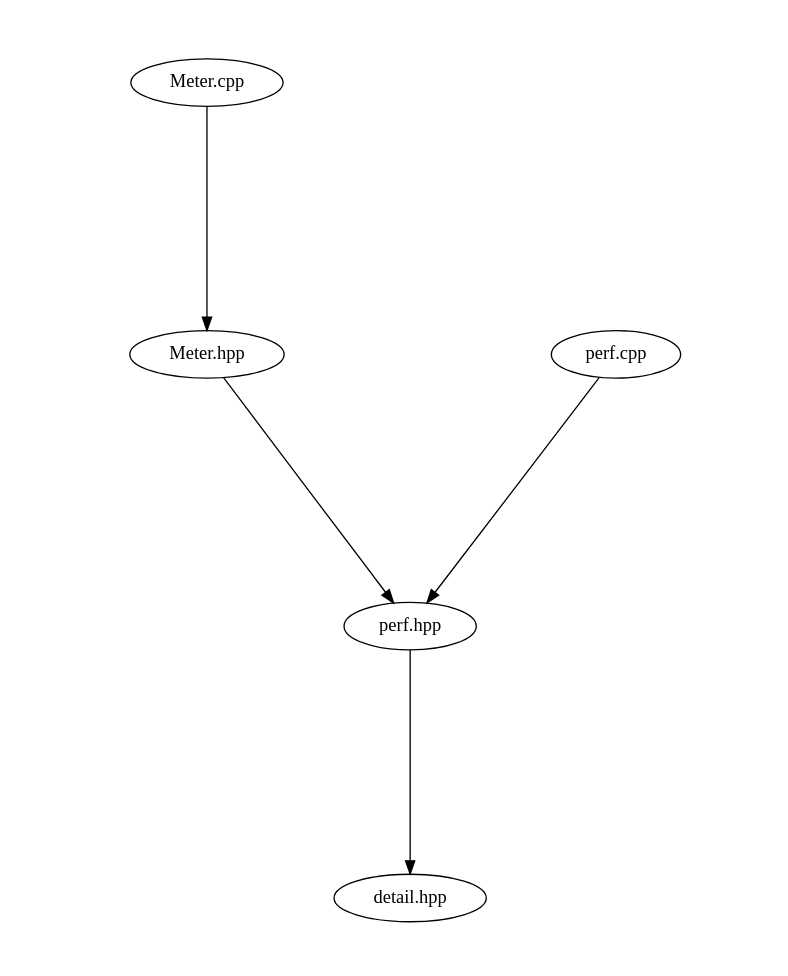
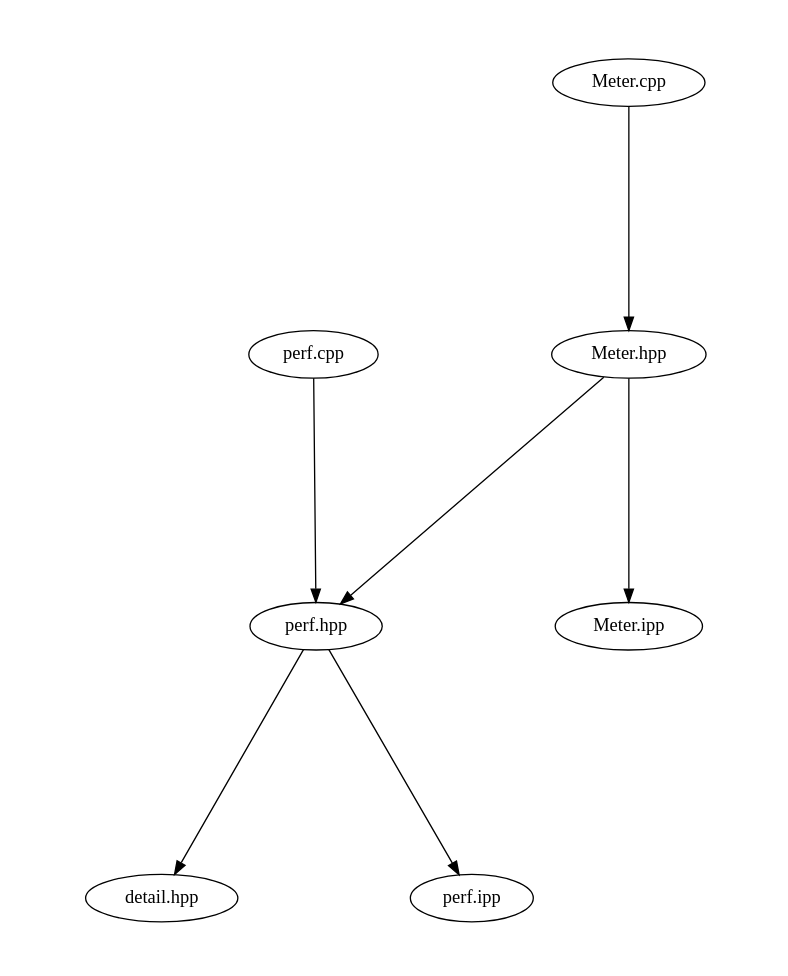
Before and after one commit to waggyz/femera-mini-app: the diagram in src/docs/src-notest.dot, drawn with Graphviz. The commit also changed 7 other files, not shown here.

```diff
--- a/src/docs/src-notest.dot
+++ b/src/docs/src-notest.dot
@@ -1,12 +1,14 @@
 digraph "source tree" {
     overlap=scale;
     size="8,10";
     ratio="fill";
     fontsize="16";
     fontname="Helvetica";
 	clusterrank="local";
 	"Meter.cpp" -> "Meter.hpp"
 	"Meter.hpp" -> "perf.hpp"
 	"perf.cpp" -> "perf.hpp"
 	"perf.hpp" -> "detail.hpp"
+	"Meter.hpp" -> "Meter.ipp"
+	"perf.hpp" -> "perf.ipp"
 }
```
